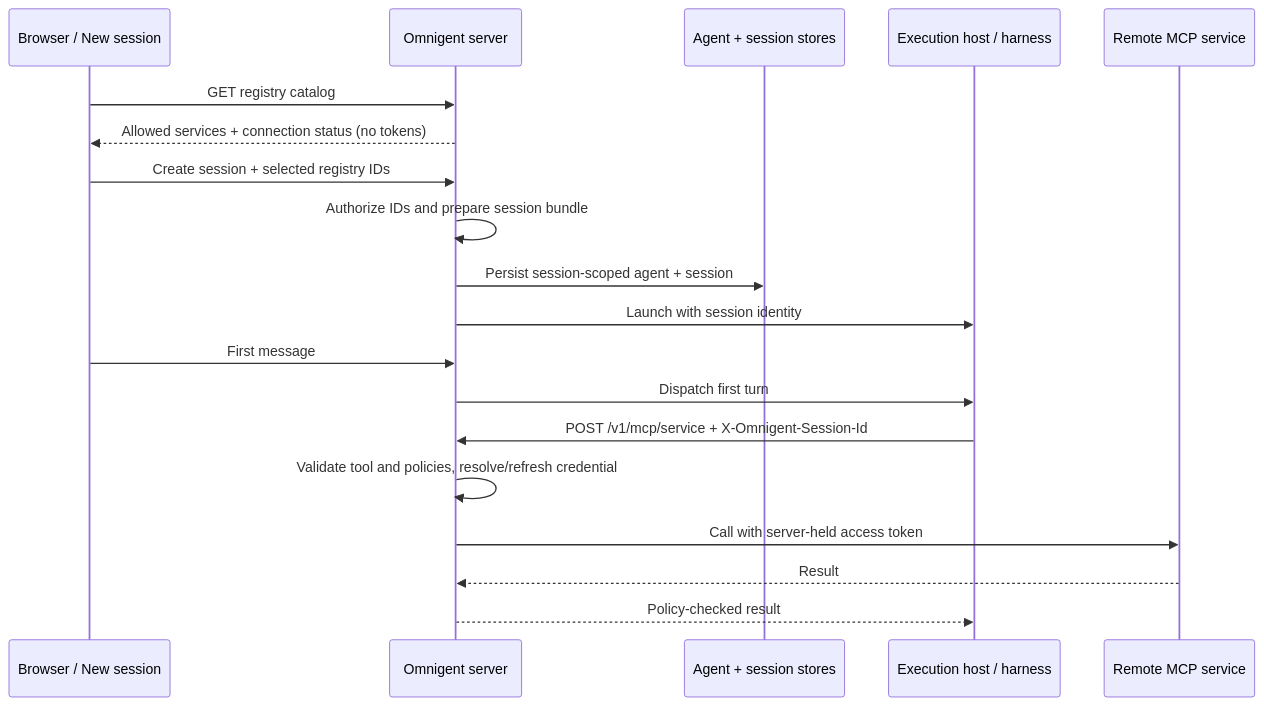
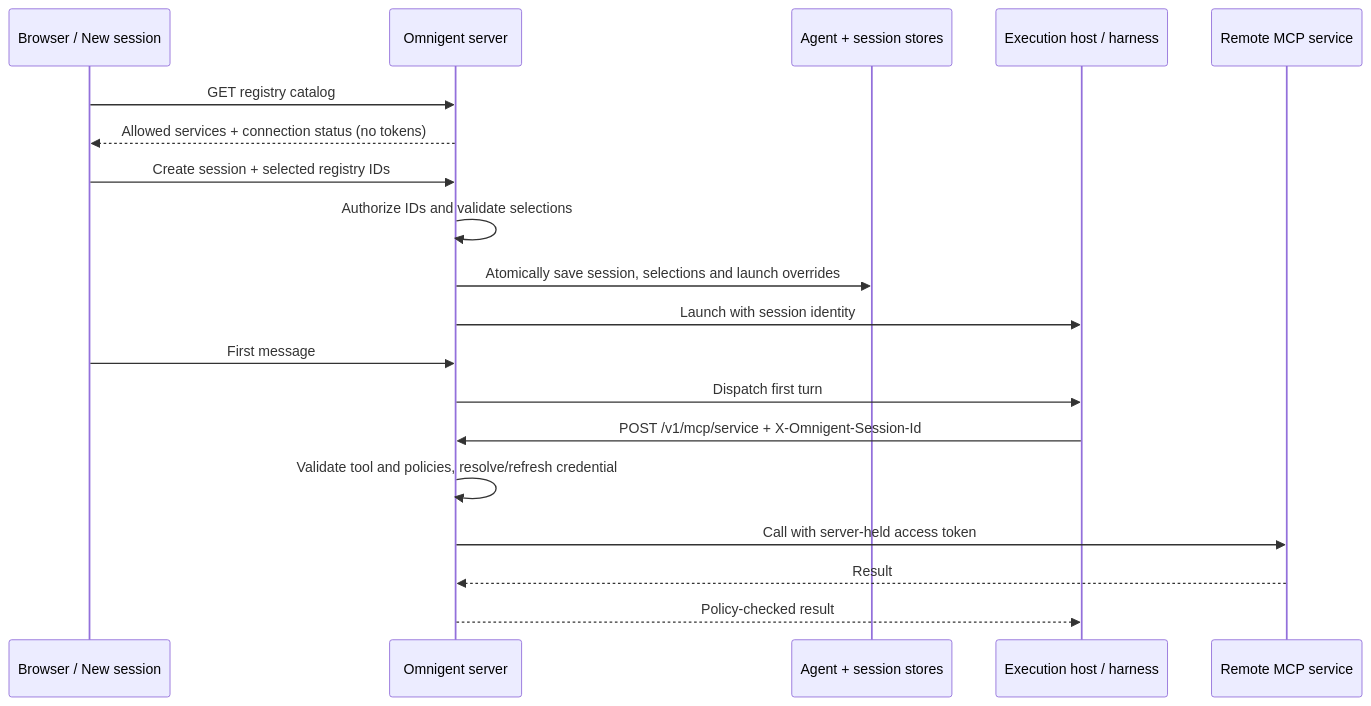
One commit to omnigent-ai/omnigent changed the second of 3 diagrams in examples/mcp-registry/README.md. Above: the diagram before and after it, drawn with Mermaid. The commit also changed other lines of this file and 37 other files, not shown here.

First line of the commit message:
Keep managed MCP selections separate from agent source

````diff
--- a/examples/mcp-registry/README.md
+++ b/examples/mcp-registry/README.md
@@ -113,21 +119,21 @@
 ```mermaid
 sequenceDiagram
   participant UI as Browser / New session
   participant Server as Omnigent server
   participant Store as Agent + session stores
   participant Sandbox as Execution host / harness
   participant MCP as Remote MCP service
   UI->>Server: GET registry catalog
   Server-->>UI: Allowed services + connection status (no tokens)
   UI->>Server: Create session + selected registry IDs
-  Server->>Server: Authorize IDs and prepare session bundle
-  Server->>Store: Persist session-scoped agent + session
+  Server->>Server: Authorize IDs and validate selections
+  Server->>Store: Atomically save session, selections and launch overrides
   Server->>Sandbox: Launch with session identity
   UI->>Server: First message
   Server->>Sandbox: Dispatch first turn
   Sandbox->>Server: POST /v1/mcp/service + X-Omnigent-Session-Id
   Server->>Server: Validate tool and policies, resolve/refresh credential
   Server->>MCP: Call with server-held access token
   MCP-->>Server: Result
   Server-->>Sandbox: Policy-checked result
 ```
````
